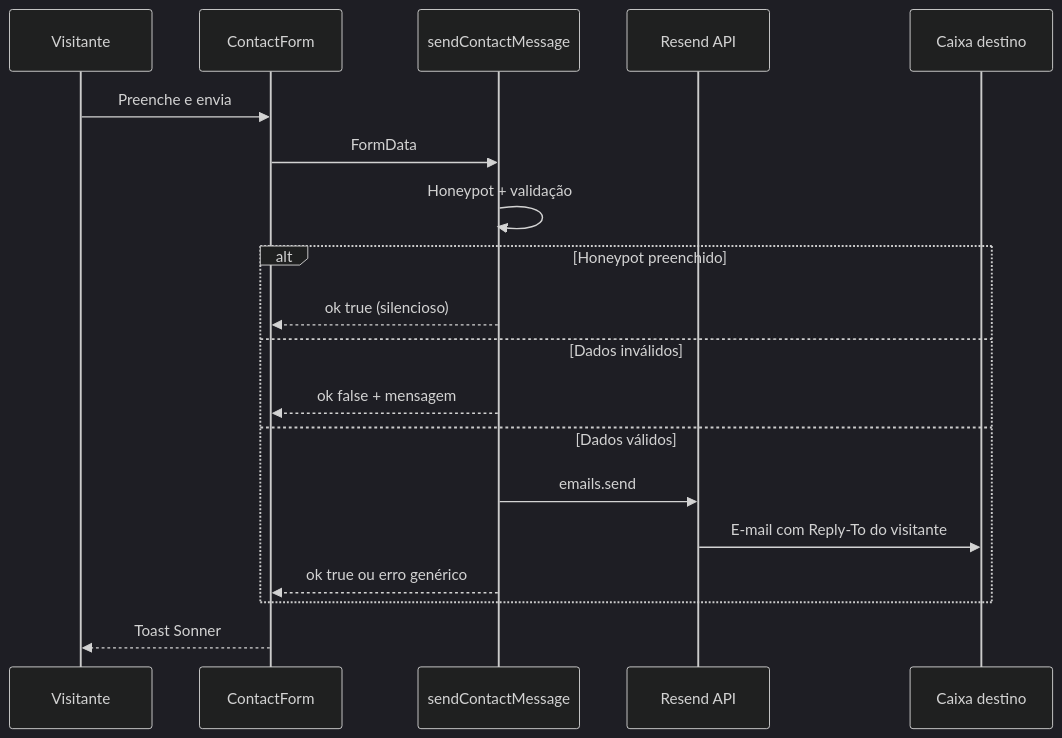
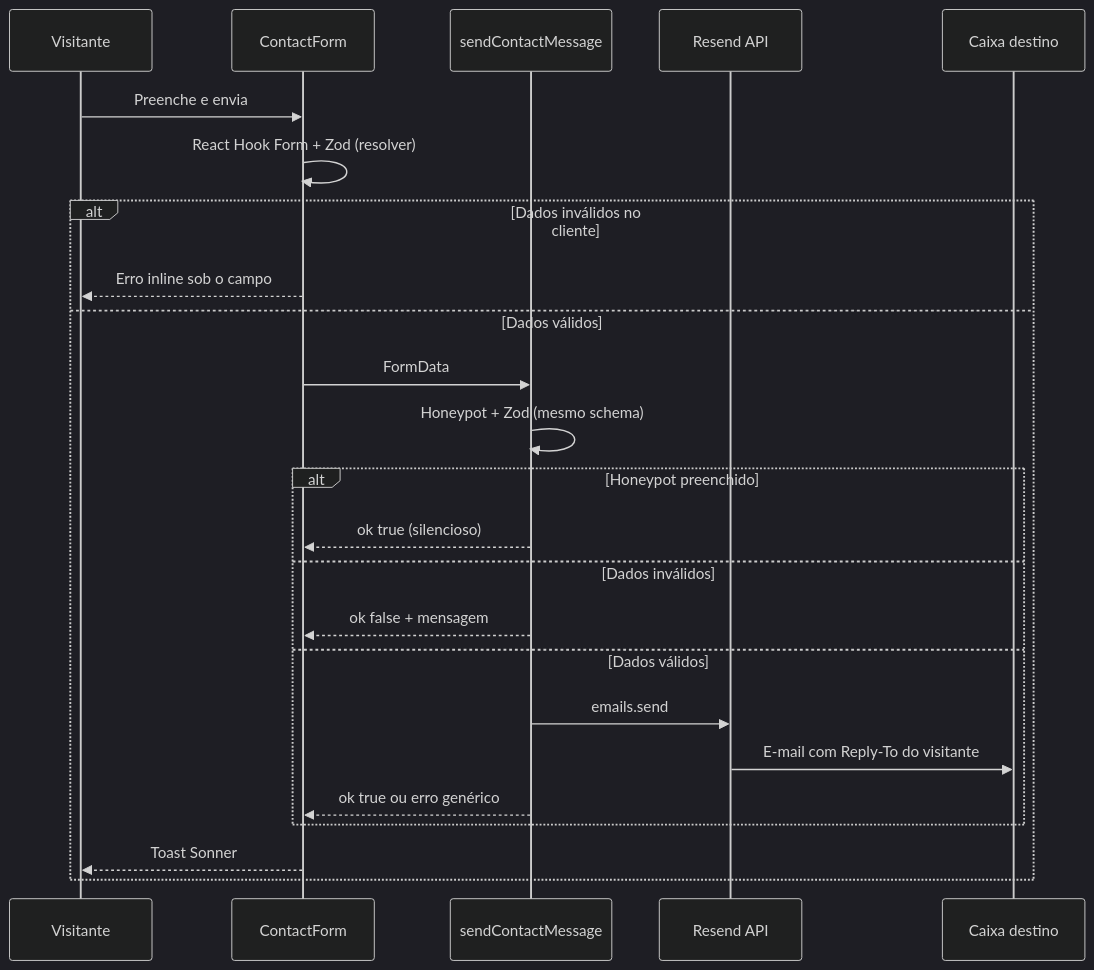
Before and after one commit to lucastavarex/observatorio-gov-digital: the diagram in docs/contato-resend.md, drawn with Mermaid (dark theme). The commit also changed other lines of this file and 6 other files, not shown here.

````diff
--- a/docs/contato-resend.md
+++ b/docs/contato-resend.md
@@ -30,22 +31,27 @@
 ```mermaid
 sequenceDiagram
   participant Visitor as Visitante
   participant Form as ContactForm
   participant Action as sendContactMessage
   participant Resend as Resend API
   participant Inbox as Caixa destino
 
   Visitor->>Form: Preenche e envia
-  Form->>Action: FormData
-  Action->>Action: Honeypot + validação
-  alt Honeypot preenchido
-    Action-->>Form: ok true (silencioso)
-  else Dados inválidos
-    Action-->>Form: ok false + mensagem
+  Form->>Form: React Hook Form + Zod (resolver)
+  alt Dados inválidos no cliente
+    Form-->>Visitor: Erro inline sob o campo
   else Dados válidos
-    Action->>Resend: emails.send
-    Resend->>Inbox: E-mail com Reply-To do visitante
-    Action-->>Form: ok true ou erro genérico
+    Form->>Action: FormData
+    Action->>Action: Honeypot + Zod (mesmo schema)
+    alt Honeypot preenchido
+      Action-->>Form: ok true (silencioso)
+    else Dados inválidos
+      Action-->>Form: ok false + mensagem
+    else Dados válidos
+      Action->>Resend: emails.send
+      Resend->>Inbox: E-mail com Reply-To do visitante
+      Action-->>Form: ok true ou erro genérico
+    end
+    Form-->>Visitor: Toast Sonner
   end
-  Form-->>Visitor: Toast Sonner
 ```
````
